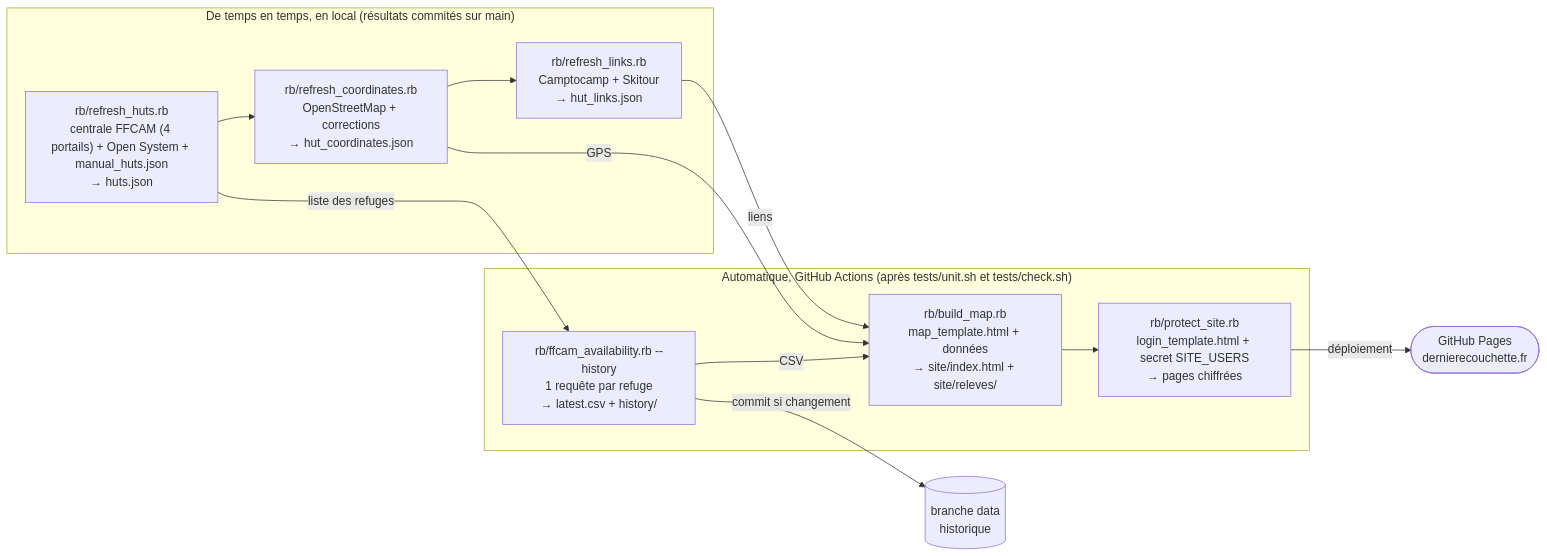
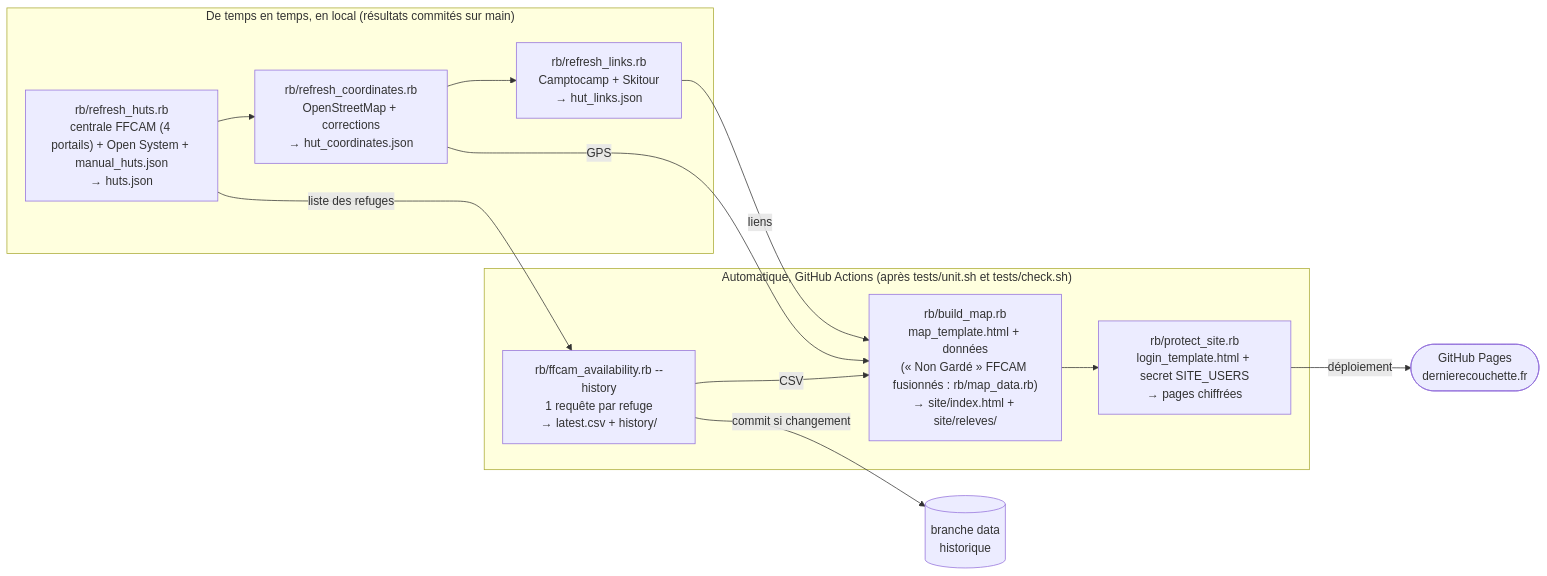
The diagram in HANDOVER.md (jor-di/ffcam-huts), drawn with Mermaid before and after one commit. The commit also changed other lines of this file and 8 other files, not shown here.

````diff
--- a/HANDOVER.md
+++ b/HANDOVER.md
@@ -31,20 +31,20 @@
 ```mermaid
 flowchart LR
   subgraph local["De temps en temps, en local (résultats commités sur main)"]
     huts["rb/refresh_huts.rb<br/>centrale FFCAM (4 portails) + Open System + manual_huts.json<br/>→ huts.json"]
     coords["rb/refresh_coordinates.rb<br/>OpenStreetMap + corrections<br/>→ hut_coordinates.json"]
     links["rb/refresh_links.rb<br/>Camptocamp + Skitour<br/>→ hut_links.json"]
     huts --> coords --> links
   end
   subgraph auto["Automatique, GitHub Actions (après tests/unit.sh et tests/check.sh)"]
     avail["rb/ffcam_availability.rb --history<br/>1 requête par refuge<br/>→ latest.csv + history/"]
-    build["rb/build_map.rb<br/>map_template.html + données<br/>→ site/index.html + site/releves/"]
+    build["rb/build_map.rb<br/>map_template.html + données<br/>(« Non Gardé » FFCAM fusionnés : rb/map_data.rb)<br/>→ site/index.html + site/releves/"]
     protect["rb/protect_site.rb<br/>login_template.html + secret SITE_USERS<br/>→ pages chiffrées"]
     avail -- CSV --> build --> protect
   end
   huts -- liste des refuges --> avail
   coords -- GPS --> build
   links -- liens --> build
   avail -- commit si changement --> data[("branche data<br/>historique")]
   protect -- déploiement --> pages(["GitHub Pages<br/>dernierecouchette.fr"])
 ```
````
